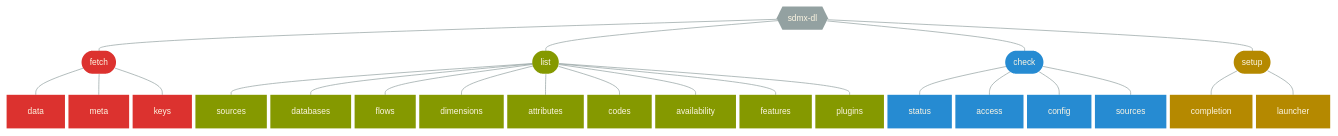
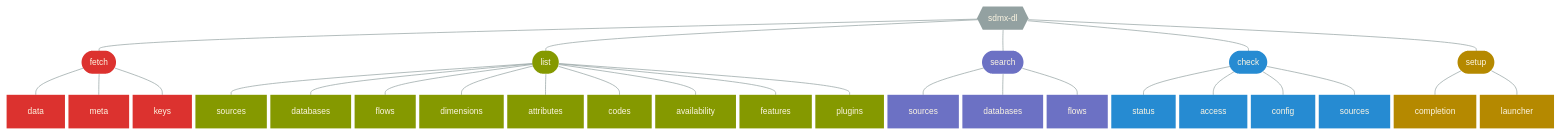
The diagram in docs/content/cli/usage.md (nbbrd/sdmx-dl), drawn with Mermaid before and after one commit. The commit also changed other lines of this file and 18 other files, not shown here.

````diff
--- a/docs/content/cli/usage.md
+++ b/docs/content/cli/usage.md
@@ -23,46 +23,54 @@
 ```mermaid
 %%{init:{'themeVariables': {'textColor': '#fdf6e3', 'fontSize': '12px'},'flowchart':{'nodeSpacing': 5, 'rankSpacing': 30}}}%%
 flowchart TB
     r{{sdmx-dl}}
     r --- f([fetch]) --- data & meta & keys
     r --- l([list]) --- sources & databases & flows & dimensions & attributes & codes & availability & features & plugins
+    r --- se([search]) --- ssources[sources] & sdatabases[databases] & sflows[flows]
     r --- c([check]) --- status & access & config & xsources[sources]
     r --- s([setup]) --- completion & launcher
 
     classDef default fill:#93a1a1,stroke-width:0px 
     linkStyle default stroke:#93a1a1
  
     classDef fx fill:#dc322f
     class f,data,meta,keys fx;
     click f "#fetch" "fetch command"
     click data "#fetch-data" "fetch data command"
     click meta "#fetch-meta" "fetch meta command"
     click keys "#fetch-keys" "fetch keys command"
    
     classDef lx fill:#859900
     class l,sources,databases,flows,dimensions,attributes,codes,availability,features,plugins lx;
     click l "#list" "list command"
     click sources "#list-sources" "list sources command"
     click databases "#list-databases" "list databases command"
     click flows "#list-flows" "list flows command"
     click dimensions "#list-dimensions" "list dimensions command"
     click attributes "#list-attributes" "list attributes command"
     click codes "#list-codes" "list codes command"
     click availability "#list-availability" "list availability command"
     click features "#list-features" "list features command"
     click plugins "#list-plugins" "list plugins command"
+
+    classDef qx fill:#6c71c4
+    class se,ssources,sdatabases,sflows qx;
+    click se "#search" "search command"
+    click ssources "#search-sources" "search sources command"
+    click sdatabases "#search-databases" "search databases command"
+    click sflows "#search-flows" "search flows command"
    
     classDef cx fill:#268bd2
     class c,status,access,config,xsources cx;
     click c "#check" "check command"
     click status "#check-status" "check status command"
     click access "#check-access" "check access command"
     click config "#check-config" "check config command"
     click xsources "#check-sources" "check sources command"
     
     classDef sx fill:#b58900
     class s,completion,launcher sx;
     click s "#setup" "setup command"
     click completion "#setup-completion" "setup completion command"
     click launcher "#setup-launcher" "setup launcher command"
 ```
````
